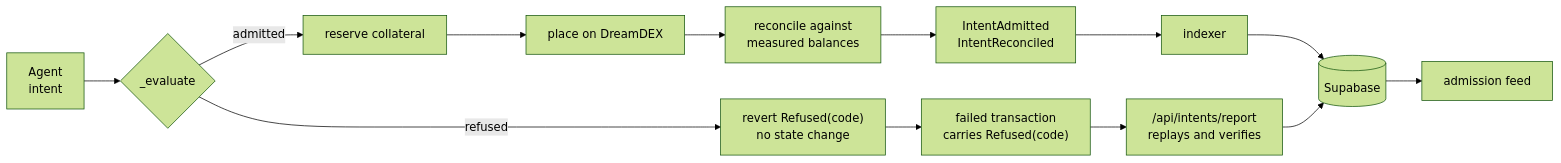
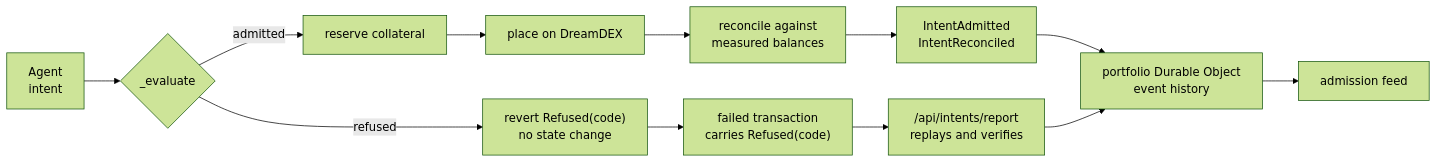
Before and after one commit to winsznx/airspace: the third of 3 diagrams in ARCHITECTURE.md, drawn with Mermaid (forest theme). The commit also changed other lines of this file and 5 other files, not shown here.

Commit message:
docs: architecture, decisions, setup, and demo script

````diff
--- a/ARCHITECTURE.md
+++ b/ARCHITECTURE.md
@@ -274,15 +300,14 @@
 ```mermaid
 flowchart LR
     I["Agent<br/>intent"] --> E{"_evaluate"}
     E -->|refused| R["revert Refused(code)<br/>no state change"]
     E -->|admitted| C["reserve collateral"]
     C --> PL["place on DreamDEX"]
     PL --> RC["reconcile against<br/>measured balances"]
     RC --> L1["IntentAdmitted<br/>IntentReconciled"]
     R --> FT["failed transaction<br/>carries Refused(code)"]
-    L1 --> IX["indexer"]
+    L1 --> ES["portfolio Durable Object<br/>event history"]
     FT --> RP["/api/intents/report<br/>replays and verifies"]
-    IX --> DB[("Supabase")]
-    RP --> DB
-    DB --> UI["admission feed"]
+    RP --> ES
+    ES --> UI["admission feed"]
 ```
````
